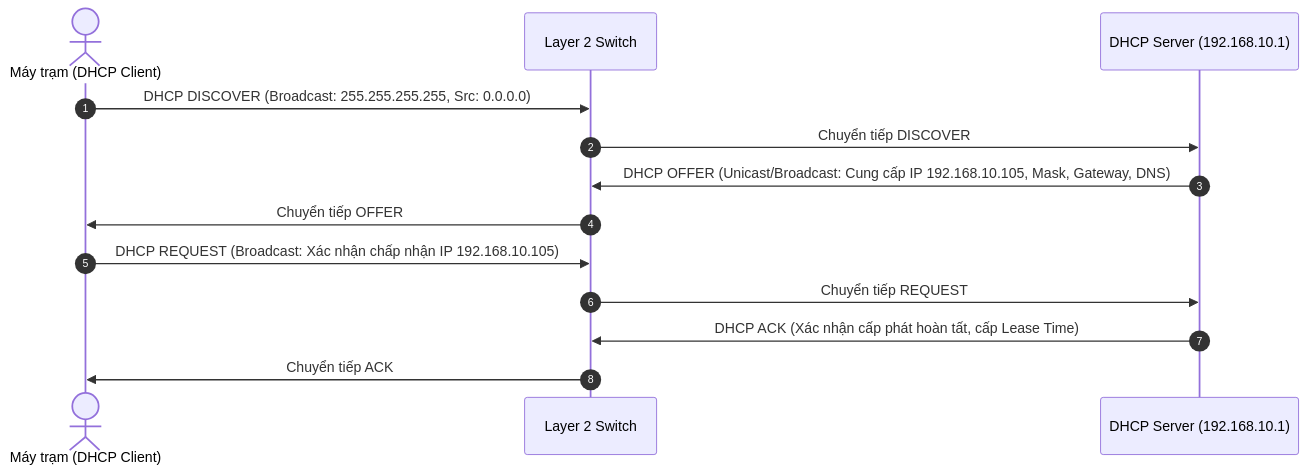
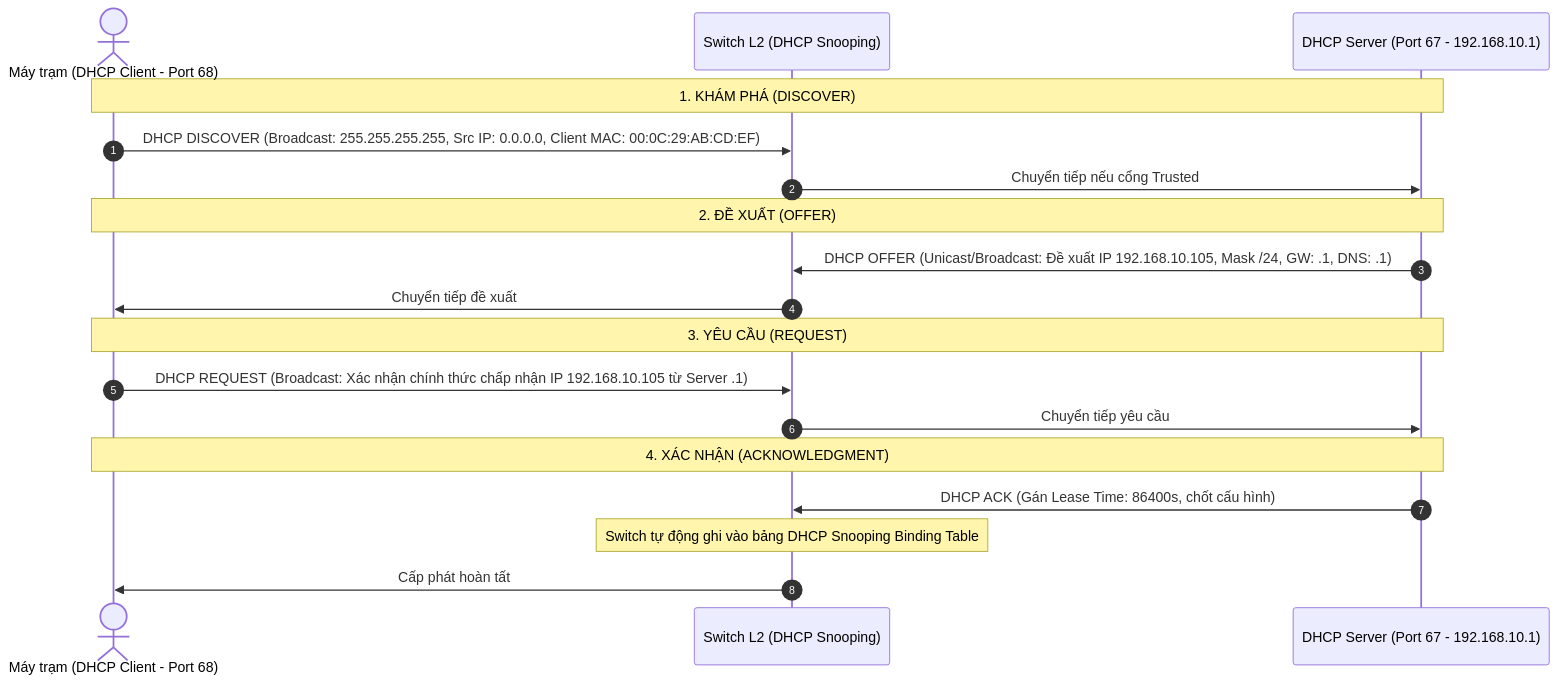
One commit to anhxuan2712/enterprise-network-security-monitoring changed the first of 2 diagrams in 04_Core_Network_Services.md. Above: the diagram before and after it, drawn with Mermaid. The commit also changed other lines of this file and 7 other files, not shown here.

````diff
--- a/04_Core_Network_Services.md
+++ b/04_Core_Network_Services.md
@@ -10,16 +15,24 @@
 ```mermaid
 sequenceDiagram
     autonumber
-    actor Client as Máy trạm (DHCP Client)
-    participant Switch as Layer 2 Switch
-    participant Server as DHCP Server (192.168.10.1)
+    actor C as Máy trạm (DHCP Client - Port 68)
+    participant SW as Switch L2 (DHCP Snooping)
+    participant S as DHCP Server (Port 67 - 192.168.10.1)
 
-    Client->>Switch: DHCP DISCOVER (Broadcast: 255.255.255.255, Src: 0.0.0.0)
-    Switch->>Server: Chuyển tiếp DISCOVER
-    Server->>Switch: DHCP OFFER (Unicast/Broadcast: Cung cấp IP 192.168.10.105, Mask, Gateway, DNS)
-    Switch->>Client: Chuyển tiếp OFFER
-    Client->>Switch: DHCP REQUEST (Broadcast: Xác nhận chấp nhận IP 192.168.10.105)
-    Switch->>Server: Chuyển tiếp REQUEST
-    Server->>Switch: DHCP ACK (Xác nhận cấp phát hoàn tất, cấp Lease Time)
-    Switch->>Client: Chuyển tiếp ACK
+    Note over C,S: 1. KHÁM PHÁ (DISCOVER)
+    C->>SW: DHCP DISCOVER (Broadcast: 255.255.255.255, Src IP: 0.0.0.0, Client MAC: 00:0C:29:AB:CD:EF)
+    SW->>S: Chuyển tiếp nếu cổng Trusted
+
+    Note over C,S: 2. ĐỀ XUẤT (OFFER)
+    S->>SW: DHCP OFFER (Unicast/Broadcast: Đề xuất IP 192.168.10.105, Mask /24, GW: .1, DNS: .1)
+    SW->>C: Chuyển tiếp đề xuất
+
+    Note over C,S: 3. YÊU CẦU (REQUEST)
+    C->>SW: DHCP REQUEST (Broadcast: Xác nhận chính thức chấp nhận IP 192.168.10.105 từ Server .1)
+    SW->>S: Chuyển tiếp yêu cầu
+
+    Note over C,S: 4. XÁC NHẬN (ACKNOWLEDGMENT)
+    S->>SW: DHCP ACK (Gán Lease Time: 86400s, chốt cấu hình)
+    Note over SW: Switch tự động ghi vào bảng DHCP Snooping Binding Table
+    SW->>C: Cấp phát hoàn tất
 ```
````
